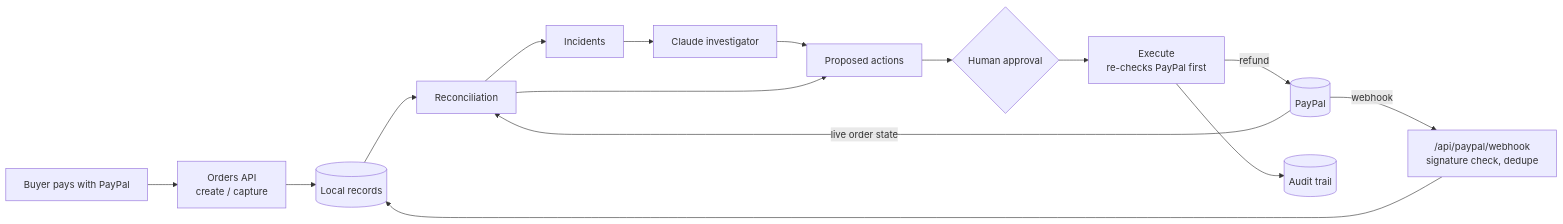
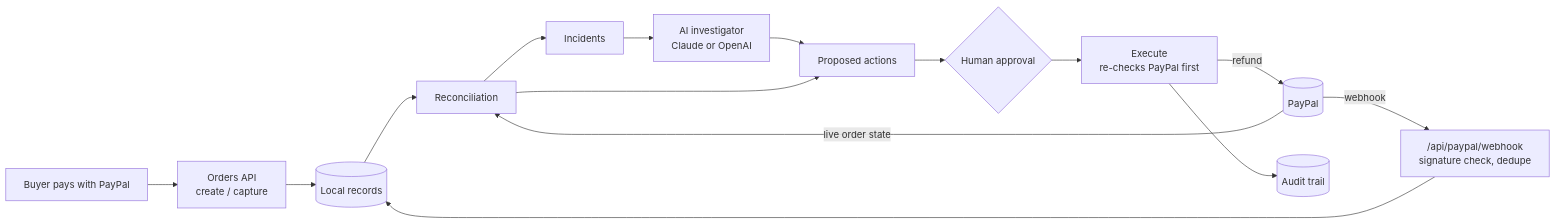
One commit to bushra-muneer/paytrace-ai changed the diagram in README.md. Above: the diagram before and after it, drawn with Mermaid. The commit also changed other lines of this file and 13 other files, not shown here.

````diff
--- a/README.md
+++ b/README.md
@@ -15,17 +15,17 @@
 ```mermaid
 flowchart LR
   Buyer[Buyer pays with PayPal] --> Orders[Orders API<br/>create / capture]
   PayPal[(PayPal)] -- webhook --> WH["/api/paypal/webhook<br/>signature check, dedupe"]
   Orders --> Local[(Local records)]
   WH --> Local
   Local --> Rec[Reconciliation]
   PayPal -- live order state --> Rec
   Rec --> Inc[Incidents]
-  Inc --> AI[Claude investigator]
+  Inc --> AI["AI investigator<br/>Claude or OpenAI"]
   AI --> Prop[Proposed actions]
   Rec --> Prop
   Prop --> Human{Human approval}
   Human --> Exec[Execute<br/>re-checks PayPal first]
   Exec -- refund --> PayPal
   Exec --> Audit[(Audit trail)]
 ```
````
